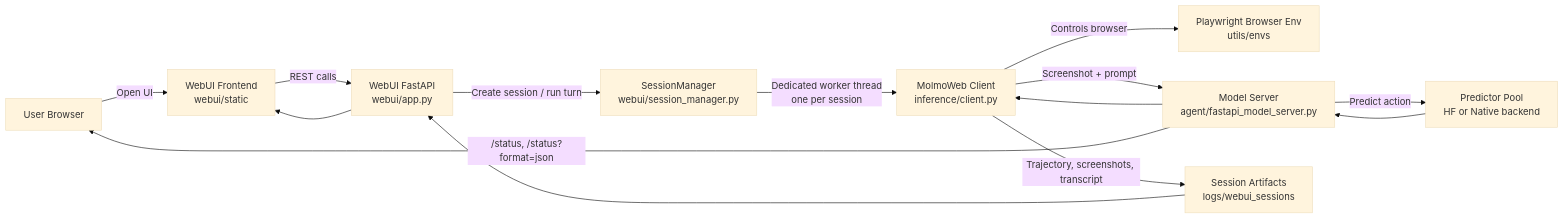
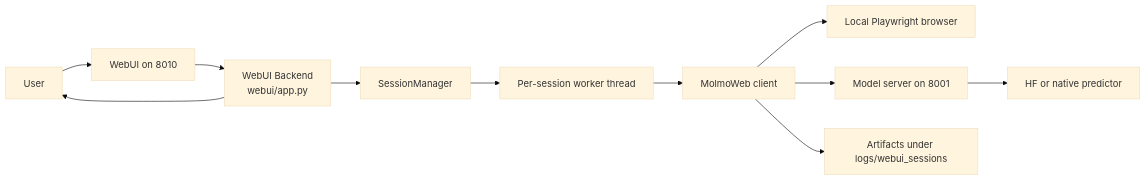
One commit to raviautar/molmoweb-me changed the diagram in README.md. Above: the diagram before and after it, drawn with Mermaid (base theme). The commit also changed other lines of this file and 13 other files, not shown here.

````diff
--- a/README.md
+++ b/README.md
@@ -255,16 +272,13 @@
 ```mermaid
 flowchart LR
-  U[User Browser] -->|Open UI| W[WebUI Frontend\nwebui/static]
-  W -->|REST calls| A[WebUI FastAPI\nwebui/app.py]
-  A -->|Create session / run turn| S[SessionManager\nwebui/session_manager.py]
-  S -->|Dedicated worker thread\none per session| C[MolmoWeb Client\ninference/client.py]
-  C -->|Controls browser| B[Playwright Browser Env\nutils/envs]
-  C -->|Screenshot + prompt| M[Model Server\nagent/fastapi_model_server.py]
-  M -->|Predict action| P[Predictor Pool\nHF or Native backend]
-  P --> M
-  M --> C
-  C -->|Trajectory, screenshots, transcript| F[Session Artifacts\nlogs/webui_sessions]
-  F --> A
-  A --> W
-  M -->|/status, /status?format=json| U
+  U[User] --> W[WebUI on 8010]
+  W --> A[WebUI Backend\nwebui/app.py]
+  A --> S[SessionManager]
+  S --> T[Per-session worker thread]
+  T --> C[MolmoWeb client]
+  C --> B[Local Playwright browser]
+  C --> M[Model server on 8001]
+  M --> P[HF or native predictor]
+  C --> F[Artifacts under logs/webui_sessions]
+  A --> U
 ```
````
